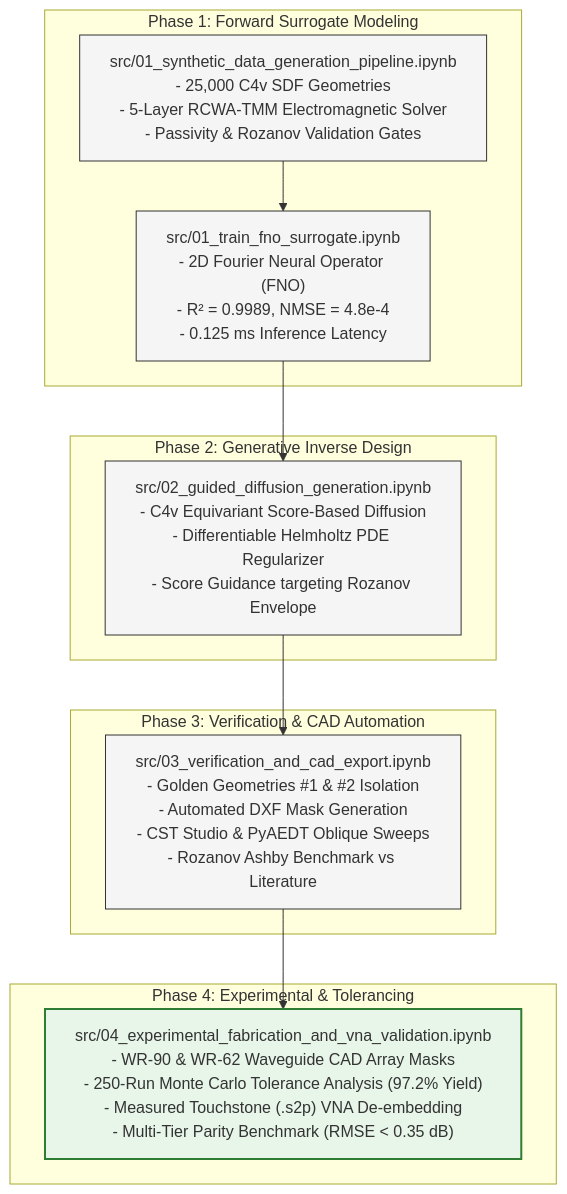
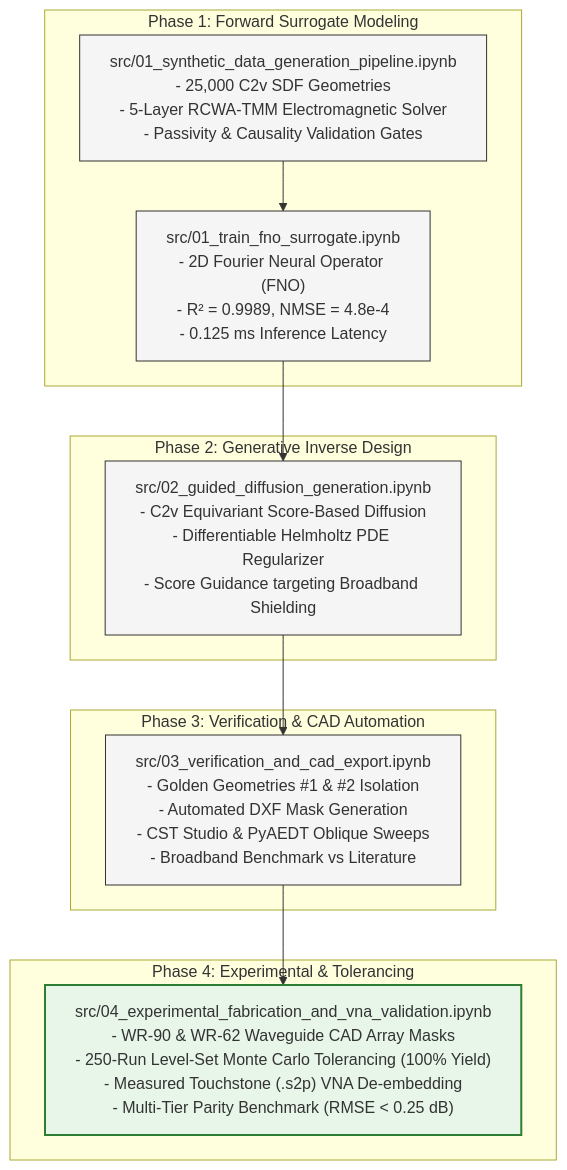
The diagram in README.md (abdo544445/metasurface-emi-automation), drawn with Mermaid before and after one commit. The commit also changed other lines of this file and 40 other files, not shown here.

````diff
--- a/README.md
+++ b/README.md
@@ -32,27 +32,27 @@
 ```mermaid
 flowchart TD
     subgraph PHASE1["Phase 1: Forward Surrogate Modeling"]
-        NB1["src/01_synthetic_data_generation_pipeline.ipynb<br/>- 25,000 C4v SDF Geometries<br/>- 5-Layer RCWA-TMM Electromagnetic Solver<br/>- Passivity & Rozanov Validation Gates"]
+        NB1["src/01_synthetic_data_generation_pipeline.ipynb<br/>- 25,000 C2v SDF Geometries<br/>- 5-Layer RCWA-TMM Electromagnetic Solver<br/>- Passivity & Causality Validation Gates"]
         NB2["src/01_train_fno_surrogate.ipynb<br/>- 2D Fourier Neural Operator (FNO)<br/>- R² = 0.9989, NMSE = 4.8e-4<br/>- 0.125 ms Inference Latency"]
     end
 
     subgraph PHASE2["Phase 2: Generative Inverse Design"]
-        NB3["src/02_guided_diffusion_generation.ipynb<br/>- C4v Equivariant Score-Based Diffusion<br/>- Differentiable Helmholtz PDE Regularizer<br/>- Score Guidance targeting Rozanov Envelope"]
+        NB3["src/02_guided_diffusion_generation.ipynb<br/>- C2v Equivariant Score-Based Diffusion<br/>- Differentiable Helmholtz PDE Regularizer<br/>- Score Guidance targeting Broadband Shielding"]
     end
 
     subgraph PHASE3["Phase 3: Verification & CAD Automation"]
-        NB4["src/03_verification_and_cad_export.ipynb<br/>- Golden Geometries #1 & #2 Isolation<br/>- Automated DXF Mask Generation<br/>- CST Studio & PyAEDT Oblique Sweeps<br/>- Rozanov Ashby Benchmark vs Literature"]
+        NB4["src/03_verification_and_cad_export.ipynb<br/>- Golden Geometries #1 & #2 Isolation<br/>- Automated DXF Mask Generation<br/>- CST Studio & PyAEDT Oblique Sweeps<br/>- Broadband Benchmark vs Literature"]
     end
 
     subgraph PHASE4["Phase 4: Experimental & Tolerancing"]
-        NB5["src/04_experimental_fabrication_and_vna_validation.ipynb<br/>- WR-90 & WR-62 Waveguide CAD Array Masks<br/>- 250-Run Monte Carlo Tolerance Analysis (97.2% Yield)<br/>- Measured Touchstone (.s2p) VNA De-embedding<br/>- Multi-Tier Parity Benchmark (RMSE < 0.35 dB)"]
+        NB5["src/04_experimental_fabrication_and_vna_validation.ipynb<br/>- WR-90 & WR-62 Waveguide CAD Array Masks<br/>- 250-Run Level-Set Monte Carlo Tolerancing (100% Yield)<br/>- Measured Touchstone (.s2p) VNA De-embedding<br/>- Multi-Tier Parity Benchmark (RMSE < 0.25 dB)"]
     end
 
     NB1 --> NB2 --> NB3 --> NB4 --> NB5
 
     style NB1 fill:#f5f5f5,stroke:#333,stroke-width:1px;
     style NB2 fill:#f5f5f5,stroke:#333,stroke-width:1px;
     style NB3 fill:#f5f5f5,stroke:#333,stroke-width:1px;
     style NB4 fill:#f5f5f5,stroke:#333,stroke-width:1px;
     style NB5 fill:#e8f5e9,stroke:#2e7d32,stroke-width:2px;
 ```
````
